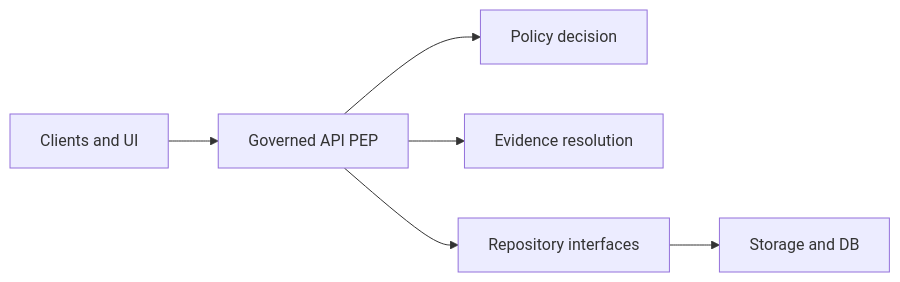
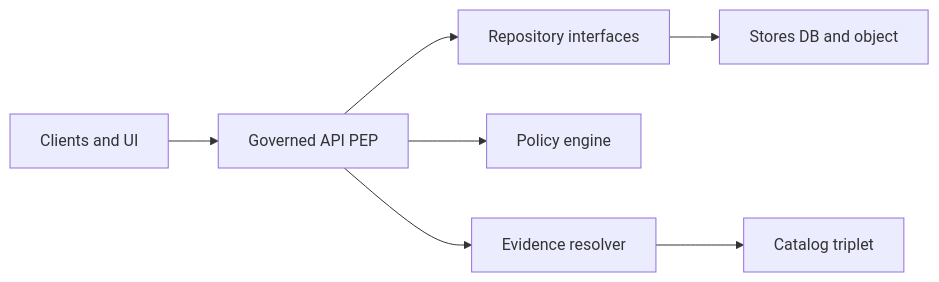
Before and after one commit to bartytime4life/Kansas-Frontier-Matrix: the third of 3 diagrams in docs/README.md, drawn with Mermaid. The commit also changed other lines of this file, not shown here.

````diff
--- a/docs/README.md
+++ b/docs/README.md
@@ -157,8 +166,9 @@
 ```mermaid
 flowchart LR
   C[Clients and UI] --> PEP[Governed API PEP]
-  PEP --> PDP[Policy decision]
-  PEP --> ER[Evidence resolution]
   PEP --> REPO[Repository interfaces]
-  REPO --> S[Storage and DB]
+  REPO --> STORES[Stores DB and object]
+  PEP --> PDP[Policy engine]
+  PEP --> EV[Evidence resolver]
+  EV --> CAT[Catalog triplet]
 ```
````
